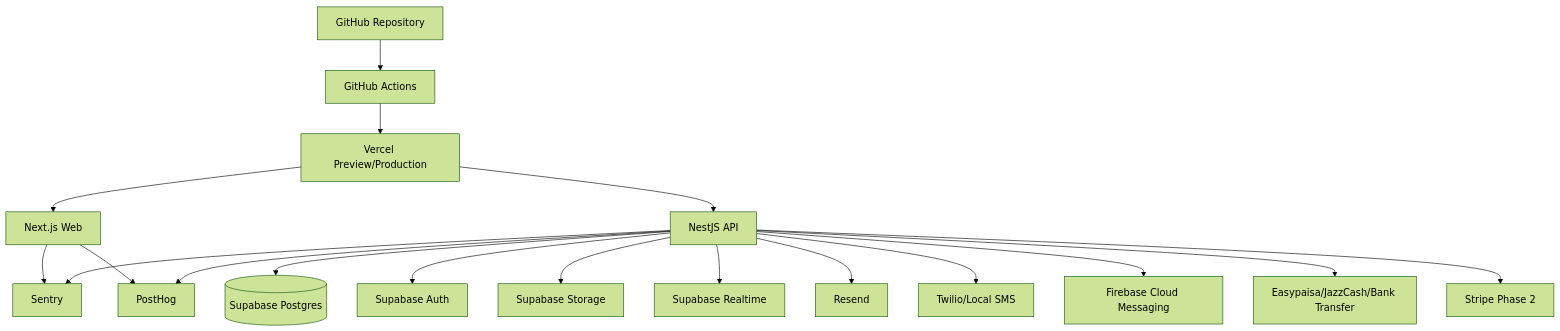
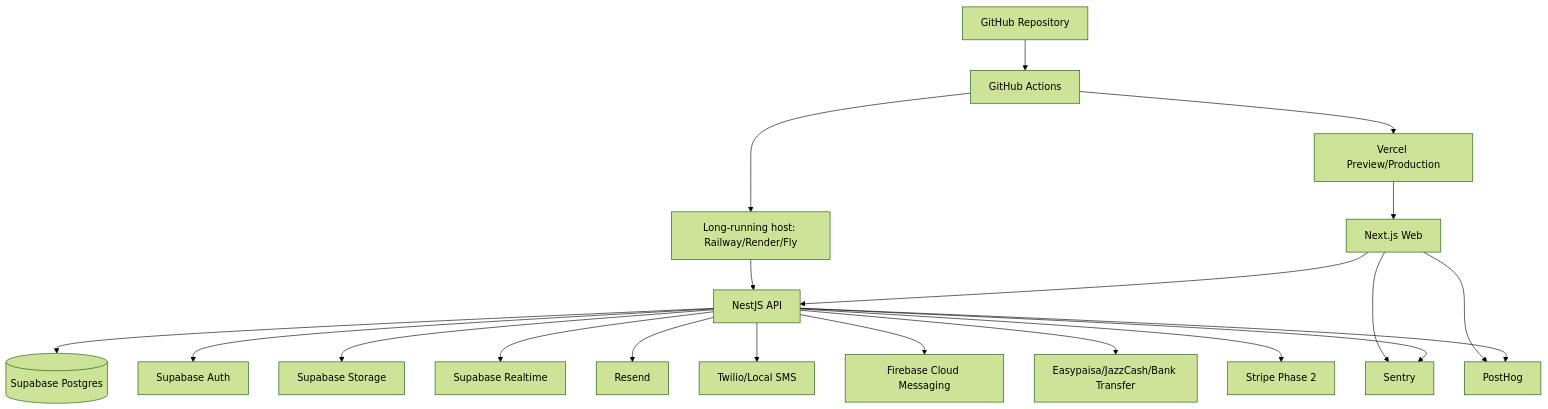
The diagram in doc/Setup.md (asim56/mating), drawn with Mermaid (forest theme) before and after one commit. The commit also changed other lines of this file and 58 other files, not shown here.

````diff
--- a/doc/Setup.md
+++ b/doc/Setup.md
@@ -95,20 +116,22 @@
 ```mermaid
 flowchart TD
   GH[GitHub Repository] --> Actions[GitHub Actions]
   Actions --> Vercel[Vercel Preview/Production]
+  Actions --> Host[Long-running host: Railway/Render/Fly]
   Vercel --> Web[Next.js Web]
-  Vercel --> API[NestJS API]
+  Host --> API[NestJS API]
+  Web --> API
   API --> Supabase[(Supabase Postgres)]
   API --> Auth[Supabase Auth]
   API --> Storage[Supabase Storage]
   API --> Realtime[Supabase Realtime]
   API --> Email[Resend]
   API --> SMS[Twilio/Local SMS]
   API --> Push[Firebase Cloud Messaging]
   API --> PayPK[Easypaisa/JazzCash/Bank Transfer]
   API --> Stripe[Stripe Phase 2]
   Web --> Sentry[Sentry]
   API --> Sentry
   Web --> PostHog[PostHog]
   API --> PostHog
 ```
````
